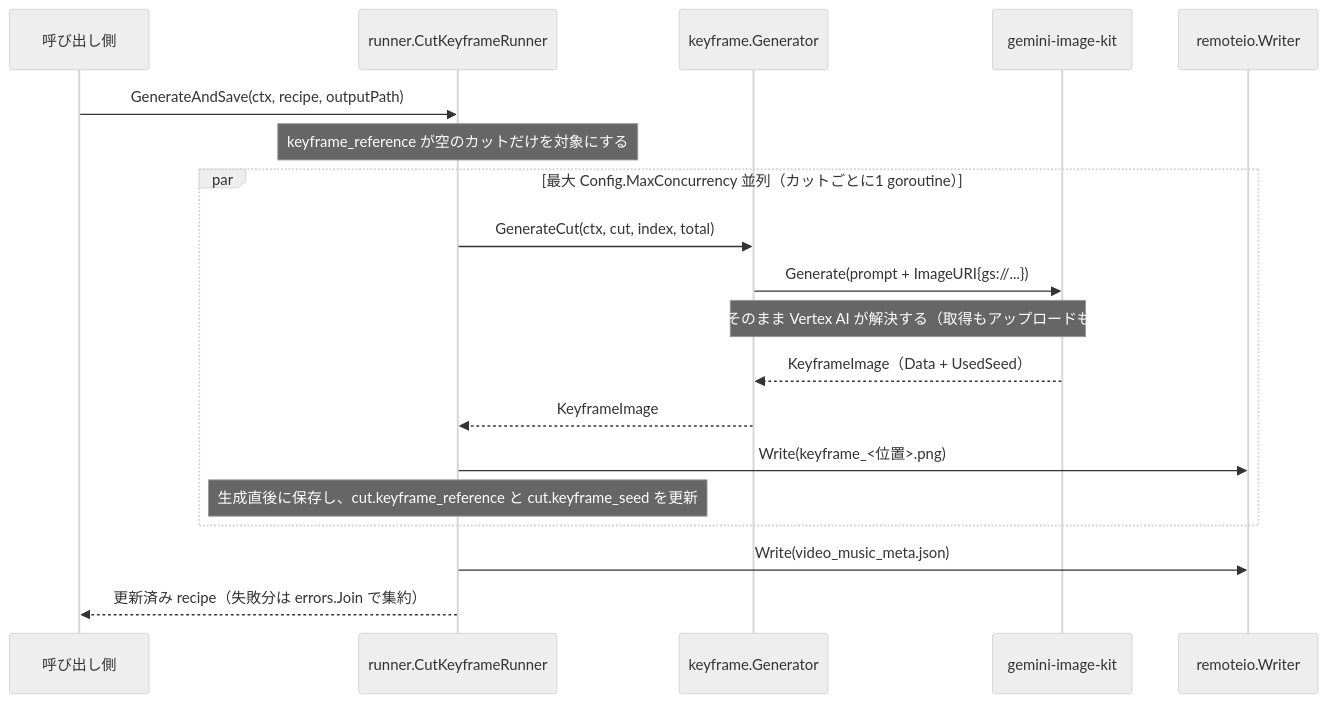
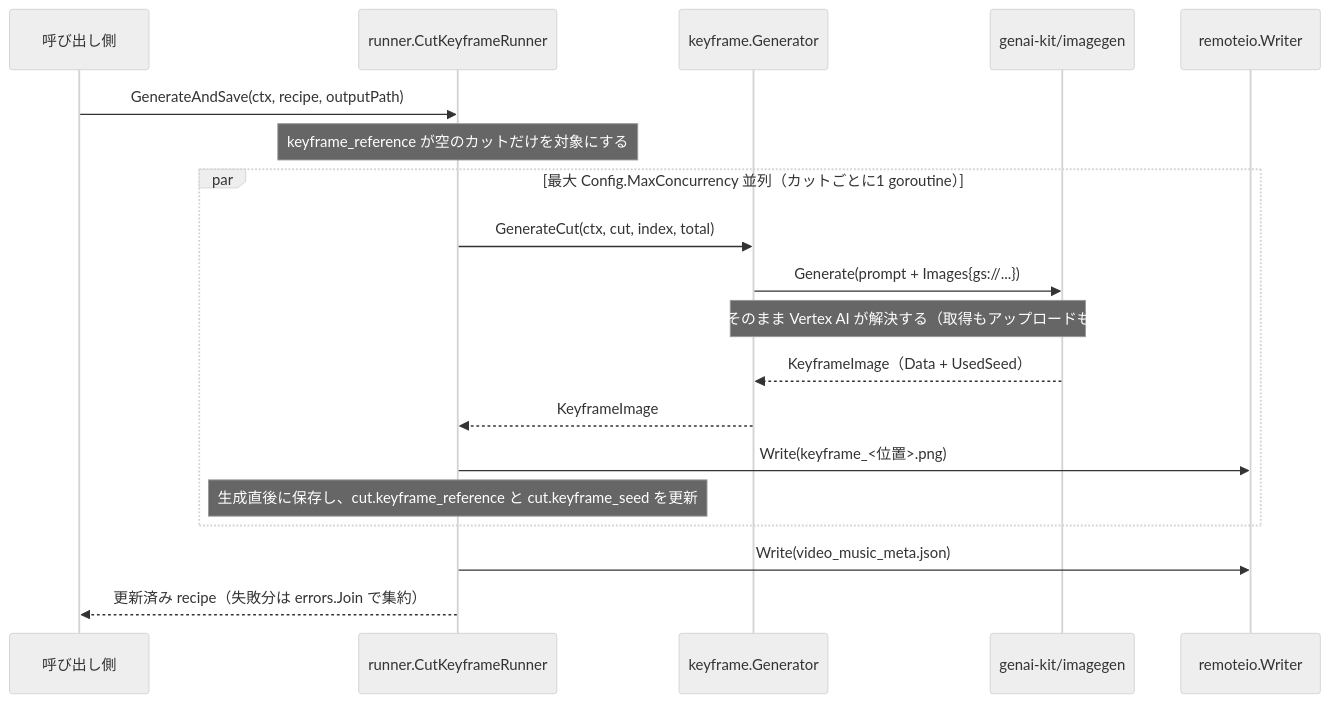
Before and after one commit to shouni/go-veo-orchestrator: the first of 2 diagrams in docs/architecture.md, drawn with Mermaid (neutral theme). The commit also changed 20 other files, not shown here.

First line of the commit message:
Replace go-gemini-client and gemini-image-kit with genai-kit

````diff
--- a/docs/architecture.md
+++ b/docs/architecture.md
@@ -47,24 +47,24 @@
 ```mermaid
 sequenceDiagram
   participant App as 呼び出し側
   participant KFRunner as runner.CutKeyframeRunner
   participant KeyframeGen as keyframe.Generator
-  participant ImageKit as gemini-image-kit
+  participant ImageKit as genai-kit/imagegen
   participant Writer as remoteio.Writer
 
   App->>KFRunner: GenerateAndSave(ctx, recipe, outputPath)
   Note over KFRunner: keyframe_reference が空のカットだけを対象にする
 
   par 最大 Config.MaxConcurrency 並列（カットごとに1 goroutine）
     KFRunner->>KeyframeGen: GenerateCut(ctx, cut, index, total)
-    KeyframeGen->>ImageKit: Generate(prompt + ImageURI{gs://...})
+    KeyframeGen->>ImageKit: Generate(prompt + Images{gs://...})
     Note over KeyframeGen,ImageKit: gs:// はそのまま Vertex AI が解決する（取得もアップロードも無い）
     ImageKit-->>KeyframeGen: KeyframeImage（Data + UsedSeed）
     KeyframeGen-->>KFRunner: KeyframeImage
     KFRunner->>Writer: Write(keyframe_<位置>.png)
     Note over KFRunner: 生成直後に保存し、cut.keyframe_reference と cut.keyframe_seed を更新
   end
 
   KFRunner->>Writer: Write(video_music_meta.json)
   KFRunner-->>App: 更新済み recipe（失敗分は errors.Join で集約）
 ```
````
